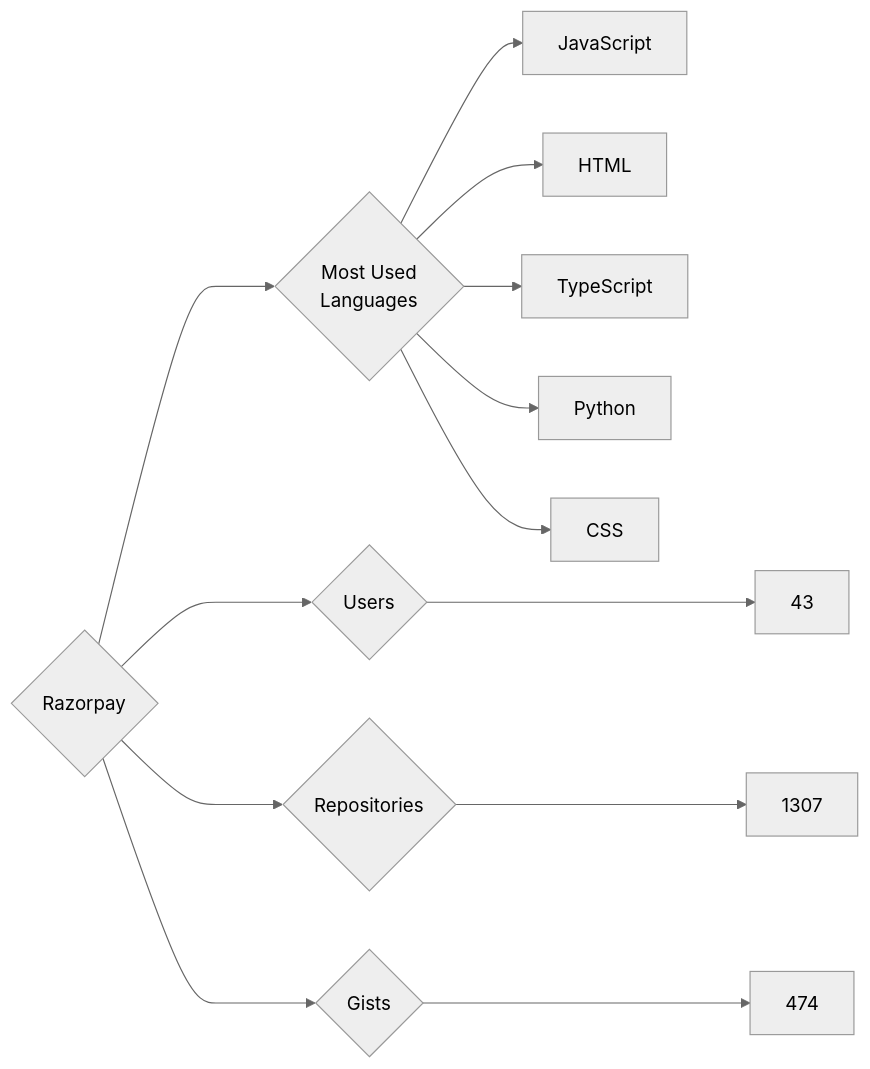
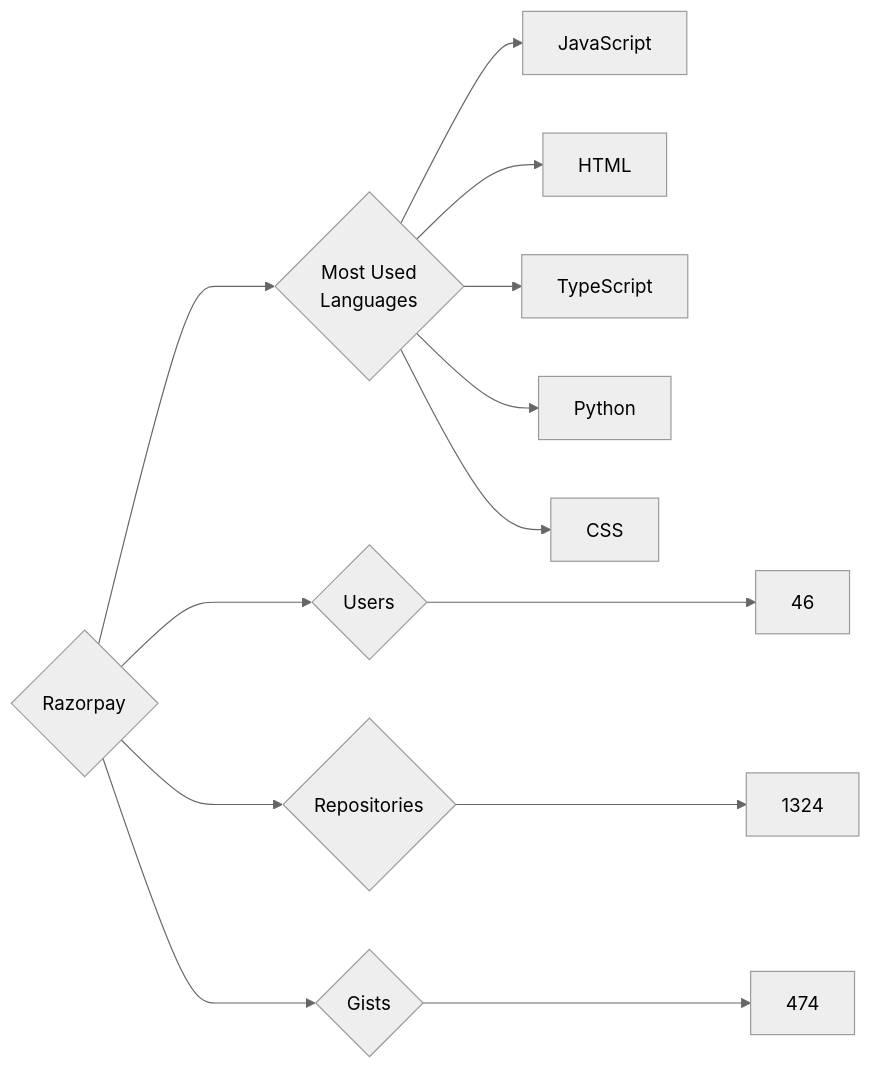
The diagram in targets/Razorpay/README.md (trickest/insiders), drawn with Mermaid (neutral theme) before and after one commit. The commit also changed 1389 other files, not shown here.

````diff
--- a/targets/Razorpay/README.md
+++ b/targets/Razorpay/README.md
@@ -3,13 +3,13 @@
 ```mermaid
 graph LR
 COMPANY_NAME{Razorpay}
-COMPANY_NAME ---> U{Users} ---> UN[43]
-COMPANY_NAME ---> R{Repositories} ---> RN[1307]
+COMPANY_NAME ---> U{Users} ---> UN[46]
+COMPANY_NAME ---> R{Repositories} ---> RN[1324]
 COMPANY_NAME ---> G{Gists} ---> GN[474]
 COMPANY_NAME ---> ML{Most Used<br>Languages}
 ML --> JavaScript[JavaScript]
 ML --> HTML[HTML]
 ML --> TypeScript[TypeScript]
 ML --> Python[Python]
 ML --> CSS[CSS]
 ```
````
